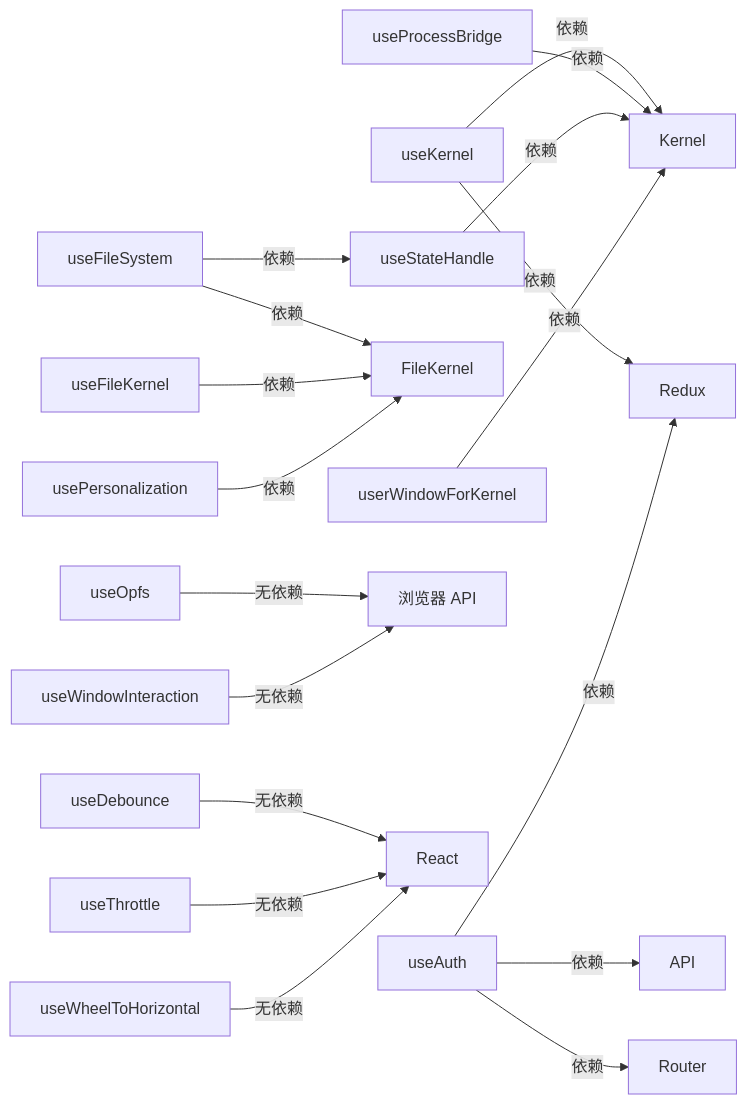
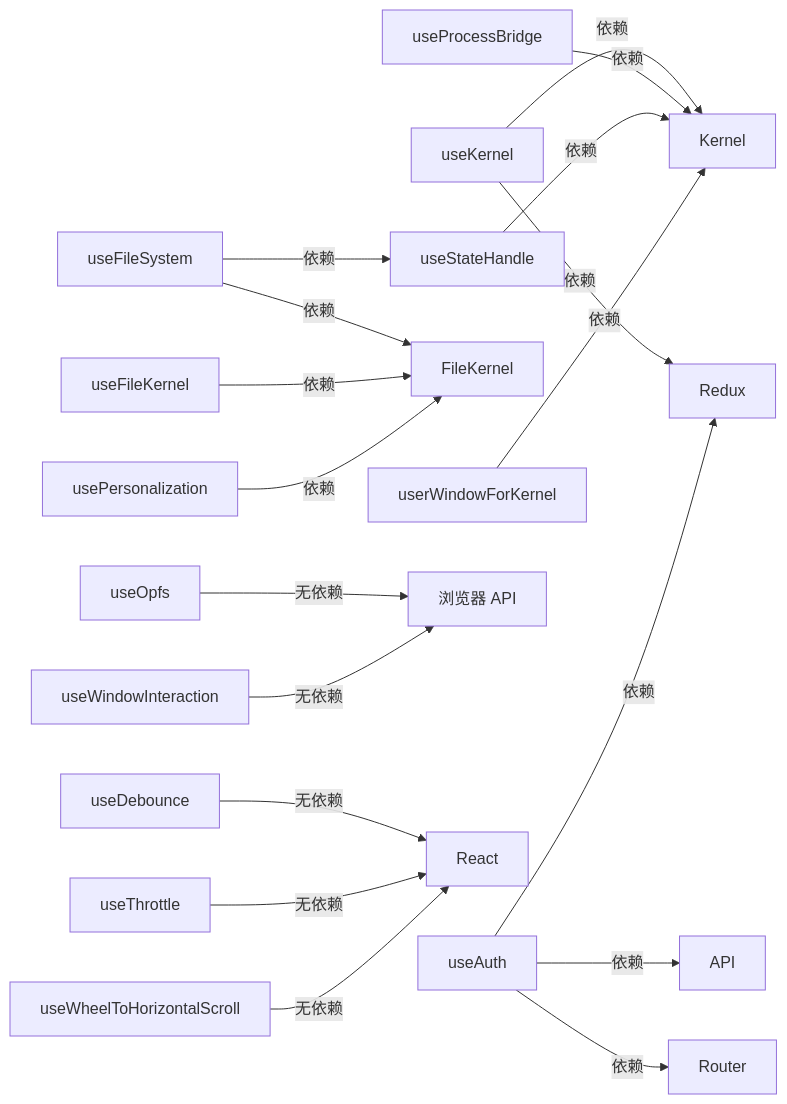
One commit to suluwanqing/sukinOS changed the second of 2 diagrams in docs/module/01-hooks.md. Above: the diagram before and after it, drawn with Mermaid. The commit also changed other lines of this file and 70 other files, not shown here.

````diff
--- a/docs/module/01-hooks.md
+++ b/docs/module/01-hooks.md
@@ -817,20 +834,20 @@
 ```mermaid
 graph LR
     useKernel -->|依赖| Redux
     useKernel -->|依赖| Kernel
     useProcessBridge -->|依赖| Kernel
     useAuth -->|依赖| Redux
     useAuth -->|依赖| API
     useAuth -->|依赖| Router
     useFileSystem -->|依赖| FileKernel
     useFileSystem -->|依赖| useStateHandle
     useFileKernel -->|依赖| FileKernel
     useStateHandle -->|依赖| Kernel
     usePersonalization -->|依赖| FileKernel
     useOpfs -->|无依赖| Browser["浏览器 API"]
     useWindowInteraction -->|无依赖| Browser
     useDebounce -->|无依赖| React
     useThrottle -->|无依赖| React
-    useWheelToHorizontal -->|无依赖| React
+    useWheelToHorizontalScroll -->|无依赖| React
     userWindowForKernel -->|依赖| Kernel
 ```
````
